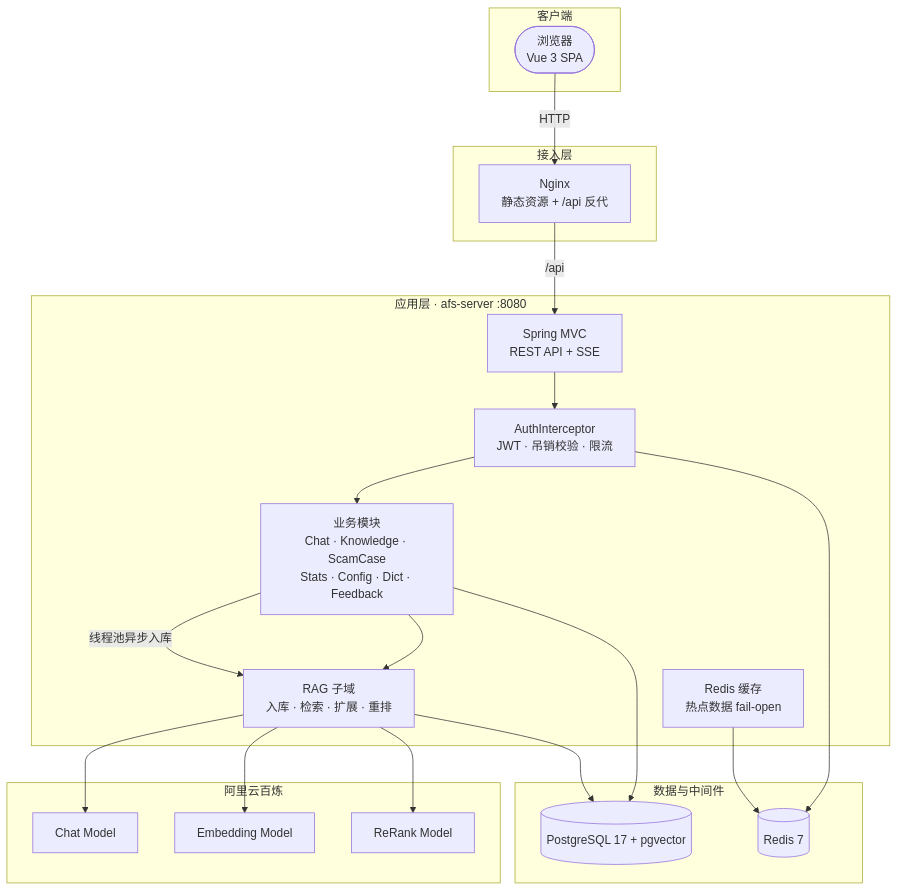
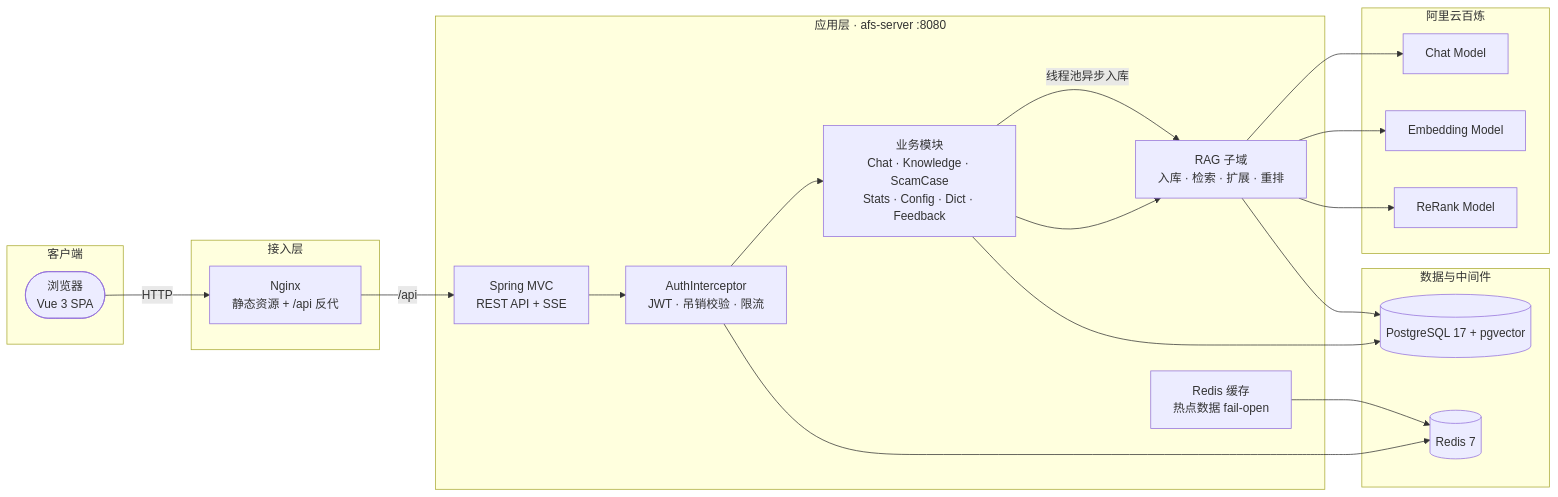
The first of 2 diagrams in README.md (wxcoding/llm-afs), drawn with Mermaid before and after one commit.

Commit message:
feat：修改架构图

````diff
--- a/README.md
+++ b/README.md
@@ -38,43 +38,43 @@
 ```mermaid
-flowchart TB
+flowchart LR
     subgraph Client["客户端"]
         Browser(["浏览器<br/>Vue 3 SPA"])
     end
 
     subgraph Edge["接入层"]
         Nginx["Nginx<br/>静态资源 + /api 反代"]
     end
 
     subgraph App["应用层 · afs-server :8080"]
         MVC["Spring MVC<br/>REST API + SSE"]
         Auth["AuthInterceptor<br/>JWT · 吊销校验 · 限流"]
         Modules["业务模块<br/>Chat · Knowledge · ScamCase<br/>Stats · Config · Dict · Feedback"]
         RAG["RAG 子域<br/>入库 · 检索 · 扩展 · 重排"]
         Cache["Redis 缓存<br/>热点数据 fail-open"]
     end
 
     subgraph AI["阿里云百炼"]
         LLM["Chat Model"]
         Emb["Embedding Model"]
         Rerank["ReRank Model"]
     end
 
     subgraph Data["数据与中间件"]
         PG[("PostgreSQL 17 + pgvector")]
         Redis[("Redis 7")]
     end
 
     Browser -- HTTP --> Nginx
     Nginx -- "/api" --> MVC
     MVC --> Auth
     Auth --> Modules
     Modules --> RAG
     Modules -->|线程池异步入库| RAG
     Auth --> Redis
     Cache --> Redis
     RAG --> Emb
     RAG --> Rerank
     RAG --> LLM
     Modules --> PG
     RAG --> PG
 ```
````
